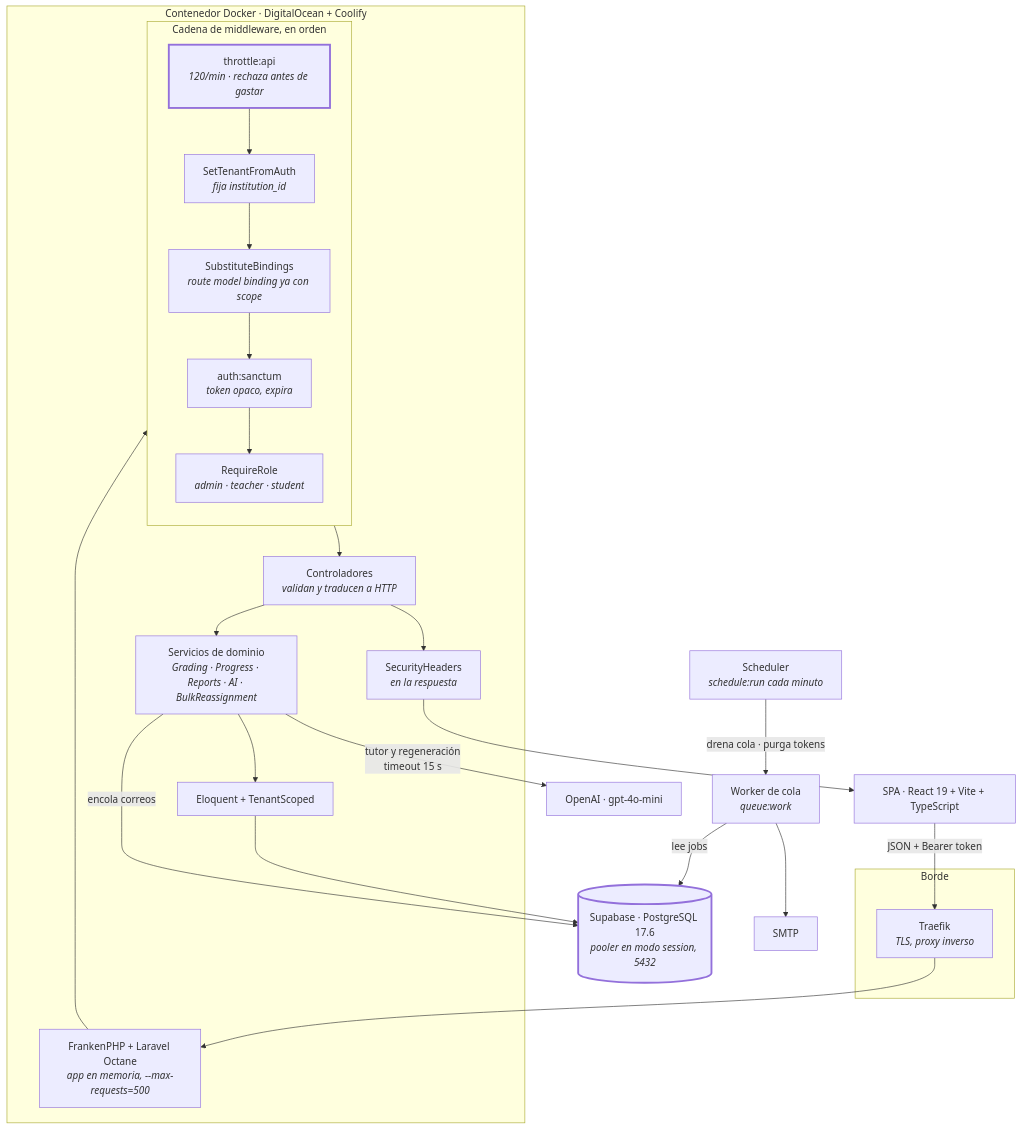
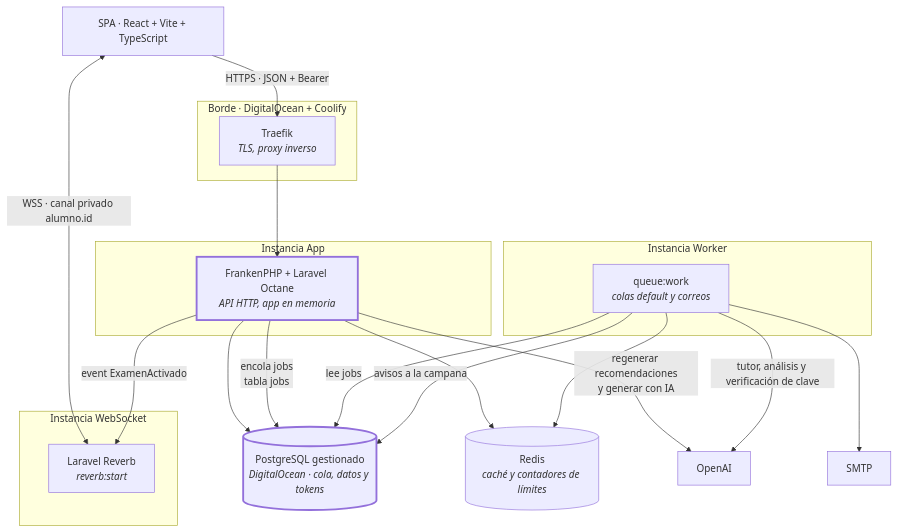
Before and after one commit to Infil505/NeoEduCore-Back: the ninth of 19 diagrams in docs/DIAGRAMAS.md, drawn with Mermaid. The commit also changed other lines of this file and 25 other files, not shown here.

````diff
--- a/docs/DIAGRAMAS.md
+++ b/docs/DIAGRAMAS.md
@@ -738,49 +783,42 @@
 ```mermaid
 flowchart TB
-    CLIENT["SPA · React 19 + Vite + TypeScript"]
+    CLIENT["SPA · React + Vite + TypeScript"]
 
-    subgraph EDGE["Borde"]
+    subgraph EDGE["Borde · DigitalOcean + Coolify"]
         TRAEFIK["Traefik<br/><i>TLS, proxy inverso</i>"]
     end
 
-    subgraph APP["Contenedor Docker · DigitalOcean + Coolify"]
-        OCTANE["FrankenPHP + Laravel Octane<br/><i>app en memoria, --max-requests=500</i>"]
-
-        subgraph PIPE["Cadena de middleware, en orden"]
-            direction TB
-            M1["throttle:api<br/><i>120/min · rechaza antes de gastar</i>"]
-            M2["SetTenantFromAuth<br/><i>fija institution_id</i>"]
-            M3["SubstituteBindings<br/><i>route model binding ya con scope</i>"]
-            M4["auth:sanctum<br/><i>token opaco, expira</i>"]
-            M5["RequireRole<br/><i>admin · teacher · student</i>"]
-            M1 --> M2 --> M3 --> M4 --> M5
-        end
-
-        CTRL["Controladores<br/><i>validan y traducen a HTTP</i>"]
-        SVC["Servicios de dominio<br/><i>Grading · Progress · Reports · AI · BulkReassignment</i>"]
-        ELO["Eloquent + TenantScoped"]
-        SEC["SecurityHeaders<br/><i>en la respuesta</i>"]
+    subgraph APP["Instancia App"]
+        OCTANE["FrankenPHP + Laravel Octane<br/><i>API HTTP, app en memoria</i>"]
+    end
+    subgraph WS["Instancia WebSocket"]
+        REVERB["Laravel Reverb<br/><i>reverb:start</i>"]
+    end
+    subgraph WK["Instancia Worker"]
+        WORKER["queue:work<br/><i>colas default y correos</i>"]
     end
 
-    WORKER["Worker de cola<br/><i>queue:work</i>"]
-    SCHED["Scheduler<br/><i>schedule:run cada minuto</i>"]
-
-    PG[("Supabase · PostgreSQL 17.6<br/><i>pooler en modo session, 5432</i>")]
-    OPENAI["OpenAI · gpt-4o-mini"]
+    PG[("PostgreSQL gestionado<br/><i>DigitalOcean · cola, datos y tokens</i>")]
+    REDIS[("Redis<br/><i>caché y contadores de límites</i>")]
+    OPENAI["OpenAI"]
     SMTP["SMTP"]
 
-    CLIENT -->|"JSON + Bearer token"| TRAEFIK
+    CLIENT -->|"HTTPS · JSON + Bearer"| TRAEFIK
     TRAEFIK --> OCTANE
-    OCTANE --> PIPE
-    M5 --> CTRL --> SVC --> ELO --> PG
-    CTRL --> SEC --> CLIENT
+    CLIENT <-->|"WSS · canal privado alumno.id"| REVERB
 
-    SVC -->|"tutor y regeneración<br/>timeout 15 s"| OPENAI
-    SVC -->|"encola correos"| PG
+    OCTANE --> PG
+    OCTANE --> REDIS
+    OCTANE -->|"encola jobs<br/>tabla jobs"| PG
+    OCTANE -->|"event ExamenActivado"| REVERB
+    OCTANE -->|"regenerar recomendaciones<br/>y generar con IA"| OPENAI
+
     WORKER -->|"lee jobs"| PG
+    WORKER --> REDIS
+    WORKER -->|"tutor, análisis y verificación de clave"| OPENAI
     WORKER --> SMTP
-    SCHED -->|"drena cola · purga tokens"| WORKER
+    WORKER -->|"avisos a la campana"| PG
 
-    style M1 stroke-width:3px
     style PG stroke-width:3px
+    style OCTANE stroke-width:3px
 ```
````
